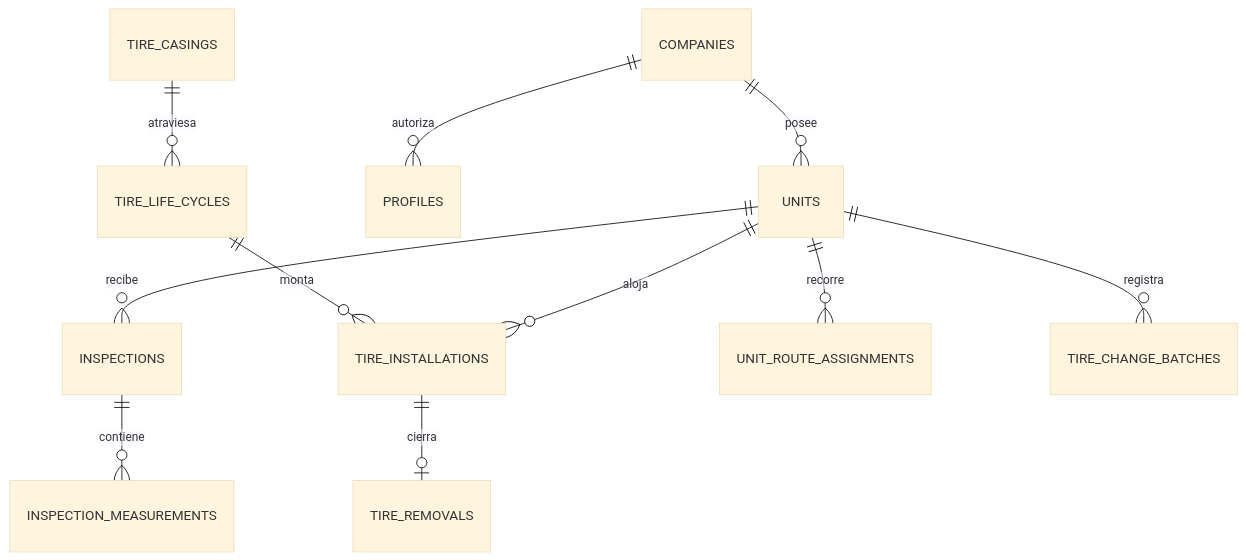
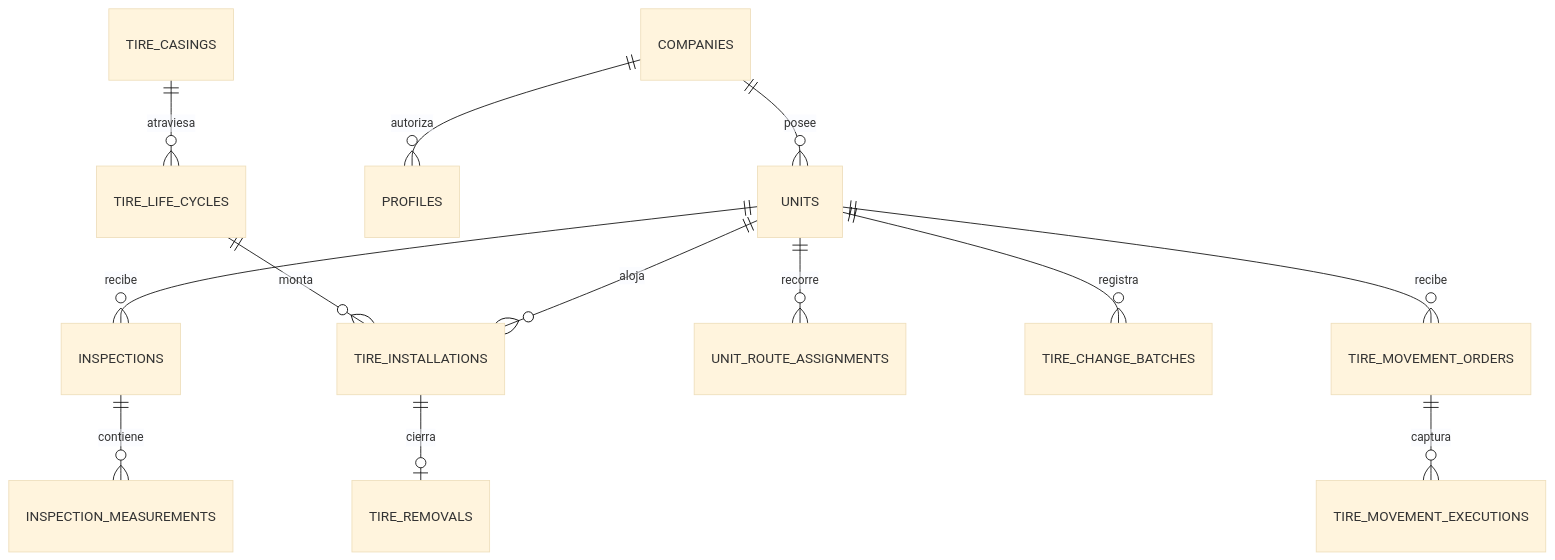
Before and after one commit to vinelt76/RENOVA-INSPECTOR: the diagram in knowledge/ai/05 - Datos y Supabase.md, drawn with Mermaid (base theme). The commit also changed other lines of this file and 274 other files, not shown here.

````diff
--- a/knowledge/ai/05 - Datos y Supabase.md
+++ b/knowledge/ai/05 - Datos y Supabase.md
@@ -21,13 +21,15 @@
 ```mermaid
 erDiagram
   COMPANIES ||--o{ UNITS : posee
   COMPANIES ||--o{ PROFILES : autoriza
   UNITS ||--o{ INSPECTIONS : recibe
   INSPECTIONS ||--o{ INSPECTION_MEASUREMENTS : contiene
   TIRE_CASINGS ||--o{ TIRE_LIFE_CYCLES : atraviesa
   TIRE_LIFE_CYCLES ||--o{ TIRE_INSTALLATIONS : monta
   TIRE_INSTALLATIONS ||--o| TIRE_REMOVALS : cierra
   UNITS ||--o{ TIRE_INSTALLATIONS : aloja
   UNITS ||--o{ UNIT_ROUTE_ASSIGNMENTS : recorre
   UNITS ||--o{ TIRE_CHANGE_BATCHES : registra
+  UNITS ||--o{ TIRE_MOVEMENT_ORDERS : recibe
+  TIRE_MOVEMENT_ORDERS ||--o{ TIRE_MOVEMENT_EXECUTIONS : captura
 ```
````
